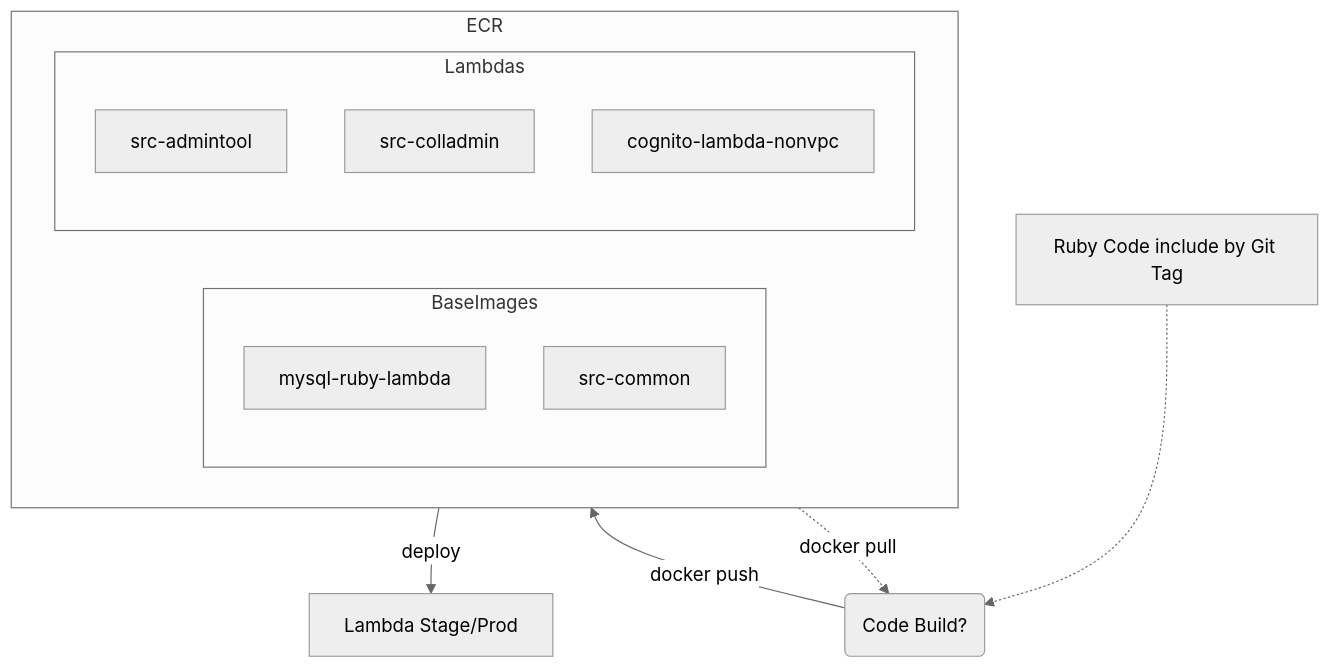
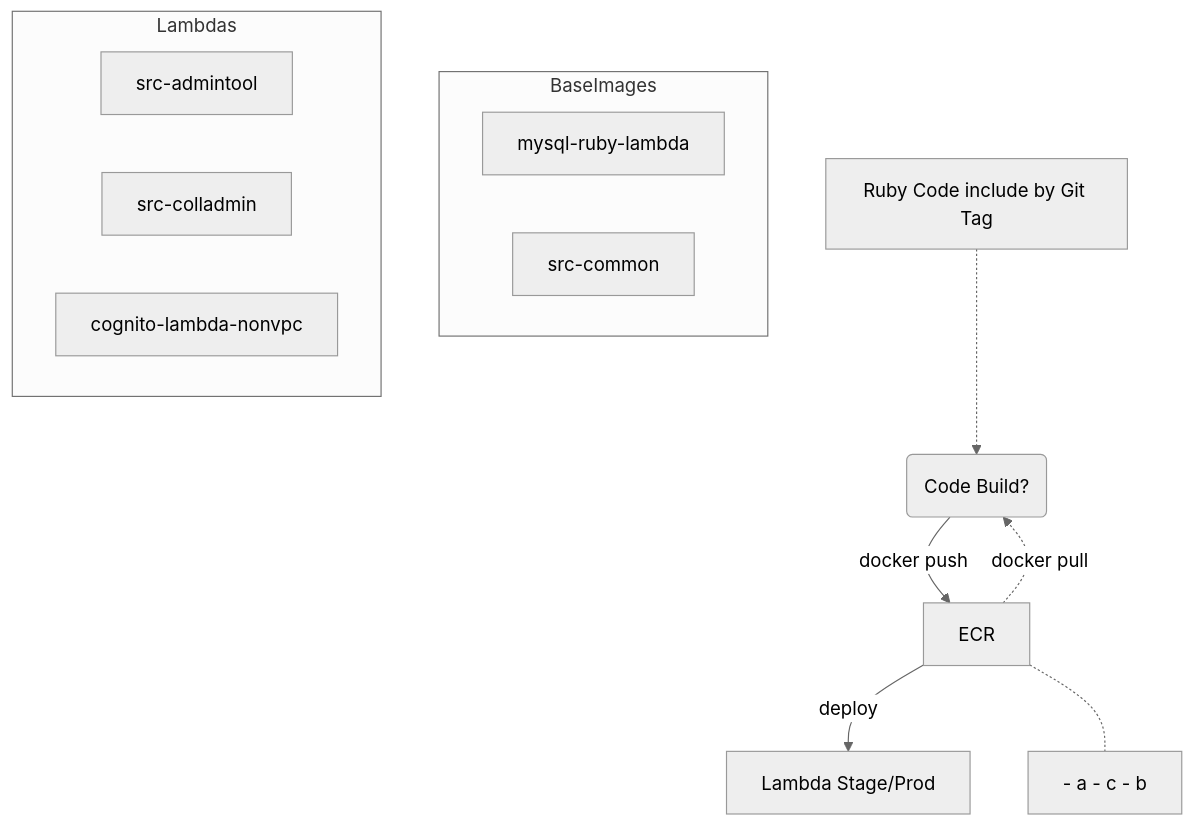
One commit to CDLUC3/mrt-doc changed the ninth of 13 diagrams in design/aws-build/README.md. Above: the diagram before and after it, drawn with Mermaid (neutral theme).

````diff
--- a/design/aws-build/README.md
+++ b/design/aws-build/README.md
@@ -226,22 +226,25 @@
 ```mermaid
 graph TD
   Build(Code Build?)
   Build --> |docker push| ECR
-  subgraph ECR
-    subgraph BaseImages
-      mysql-ruby-lambda
-      src-common
-    end
-
-    subgraph Lambdas
-      src-admintool
-      src-colladmin
-      cognito-lambda-nonvpc
-    end
-  end
   ECR --> |deploy| Lambda
   ECR -.-> |docker pull| Build
   Lambda[Lambda Stage/Prod]
   Gems[Ruby Code include by Git Tag]
   Gems -.-> Build
+  ECR -.- Images
+  Images["`
+    - a
+    - c
+    - b
+  `"]
+  subgraph BaseImages
+    mysql-ruby-lambda
+    src-common
+  end
+  subgraph Lambdas
+    src-admintool
+    src-colladmin
+    cognito-lambda-nonvpc
+  end
 ```
````
